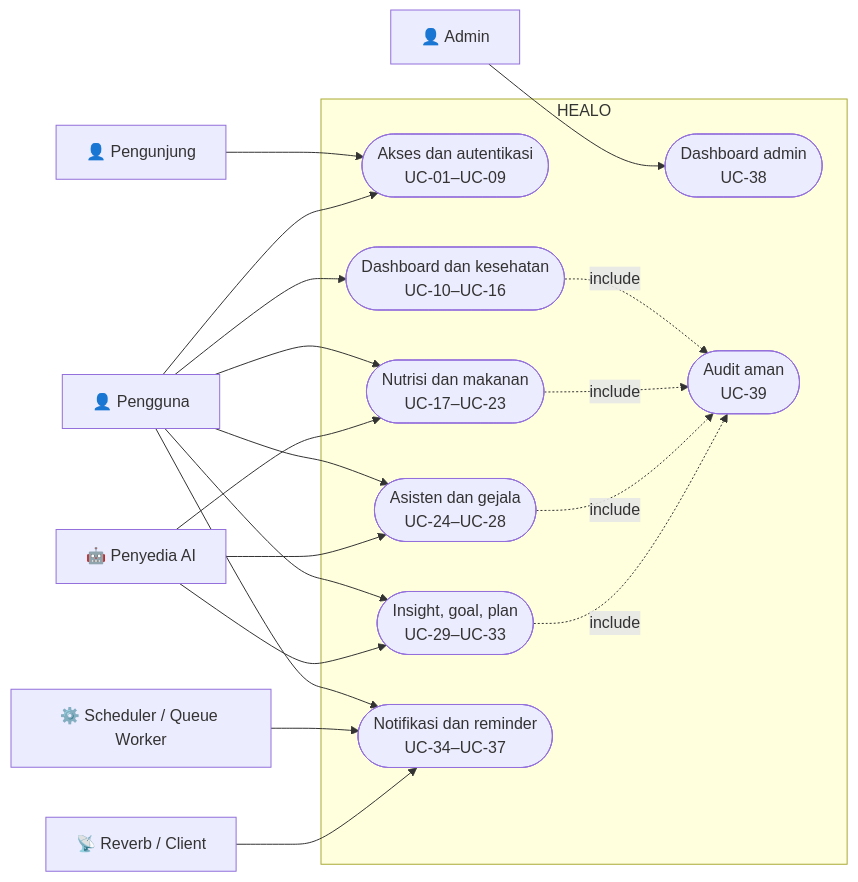
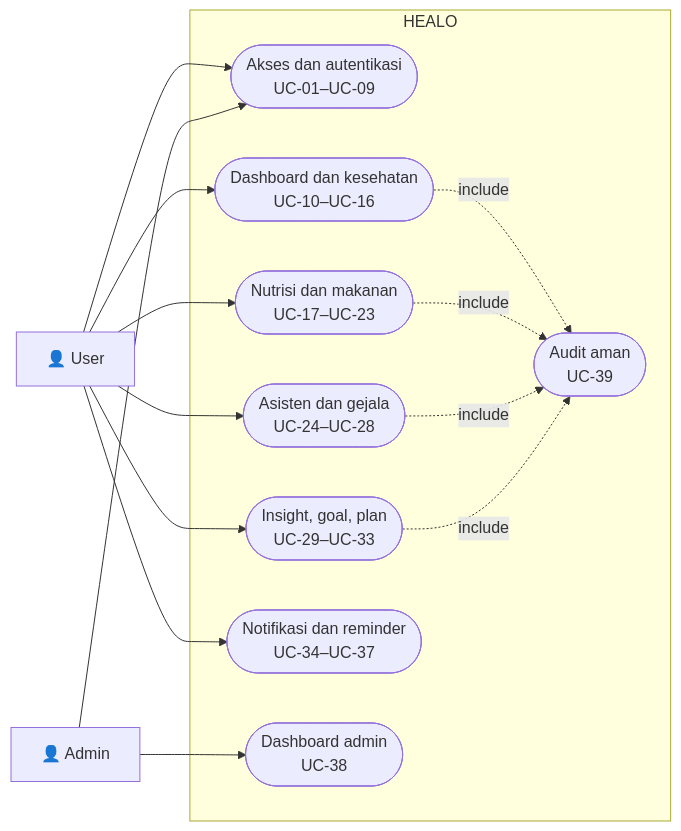
The first of 6 diagrams in docs/system-analysis/04-use-case-diagrams.md (Daffa-Qiao/Healo), drawn with Mermaid before and after one commit. The commit also changed other lines of this file and 4 other files, not shown here.

Commit message:
renew diagram

````diff
--- a/docs/system-analysis/04-use-case-diagrams.md
+++ b/docs/system-analysis/04-use-case-diagrams.md
@@ -9,38 +11,29 @@
 ```mermaid
 flowchart LR
-    Guest[👤 Pengunjung]
-    User[👤 Pengguna]
+    User[👤 User]
     Admin[👤 Admin]
-    AI[🤖 Penyedia AI]
-    Worker[⚙️ Scheduler / Queue Worker]
-    Live[📡 Reverb / Client]
 
     subgraph HEALO[HEALO]
         Access([Akses dan autentikasi<br/>UC-01–UC-09])
         Health([Dashboard dan kesehatan<br/>UC-10–UC-16])
         Nutrition([Nutrisi dan makanan<br/>UC-17–UC-23])
         Assistant([Asisten dan gejala<br/>UC-24–UC-28])
         Wellness([Insight, goal, plan<br/>UC-29–UC-33])
         Notify([Notifikasi dan reminder<br/>UC-34–UC-37])
         AdminDash([Dashboard admin<br/>UC-38])
         Audit([Audit aman<br/>UC-39])
     end
 
-    Guest --> Access
     User --> Access
     User --> Health
     User --> Nutrition
     User --> Assistant
     User --> Wellness
     User --> Notify
+    Admin --> Access
     Admin --> AdminDash
-    AI --> Nutrition
-    AI --> Assistant
-    AI --> Wellness
-    Worker --> Notify
-    Live --> Notify
     Health -. include .-> Audit
     Nutrition -. include .-> Audit
     Assistant -. include .-> Audit
     Wellness -. include .-> Audit
 ```
````
